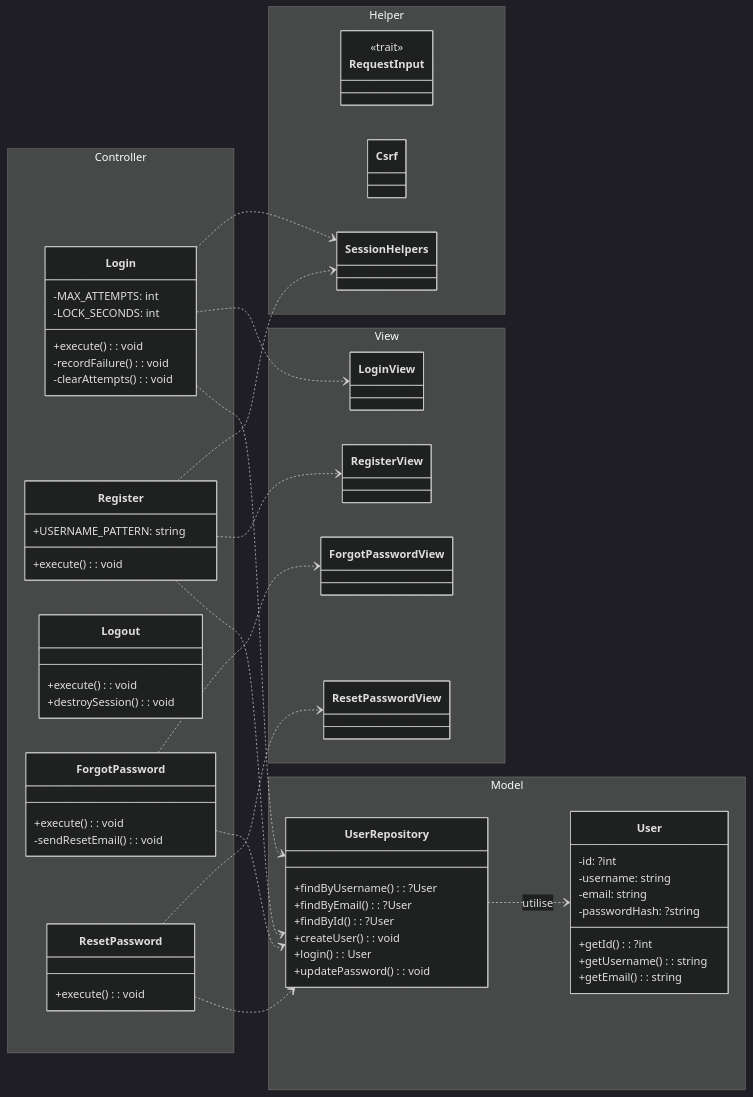
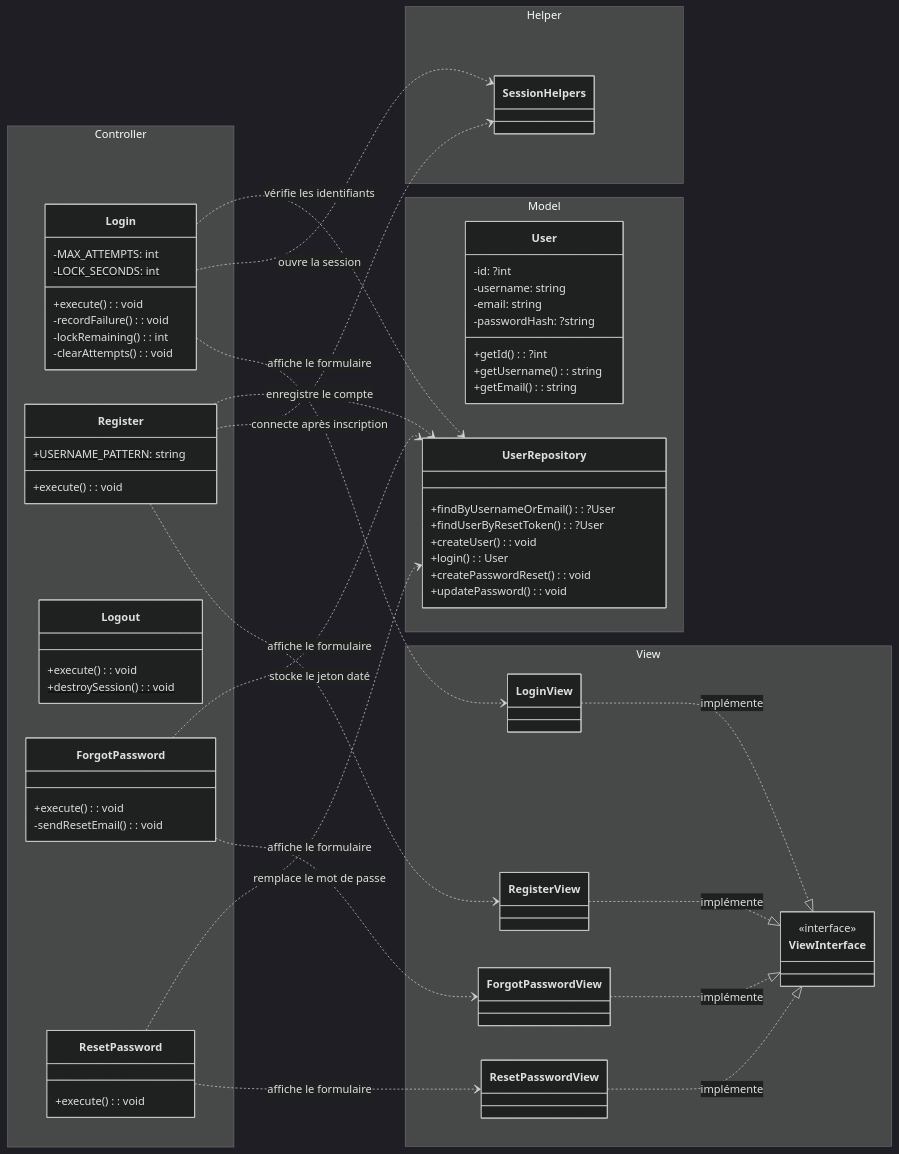
Before and after one commit to DAMEZ-Jean-25010581/SAE_PHP: the diagram in docs/conception/01-uml-authentification.md, drawn with Mermaid (dark theme). The commit also changed 3 other files, not shown here.

Commit message:
feat(UML): Modification de l'UML 01, et création des UML 02, 03, et 04 complets

````diff
--- a/docs/conception/01-uml-authentification.md
+++ b/docs/conception/01-uml-authentification.md
@@ -1,25 +1,26 @@
 ```mermaid
-   
-classDiagram
+
+    classDiagram
     direction LR
 
     namespace Controller {
         class Login {
-            -MAX_ATTEMPTS: int
-            -LOCK_SECONDS: int
+            -MAX_ATTEMPTS: int$
+            -LOCK_SECONDS: int$
             +execute(): void
             -recordFailure(): void
+            -lockRemaining(): int
             -clearAttempts(): void
         }
 
         class Register {
-            +USERNAME_PATTERN: string
+            +USERNAME_PATTERN: string$
             +execute(): void
         }
 
         class Logout {
             +execute(): void
-            +destroySession(): void
+            +destroySession(): void$
         }
 
         class ForgotPassword {
@@ -44,43 +45,45 @@
         }
 
         class UserRepository {
-            +findByUsername(): ?User
-            +findByEmail(): ?User
-            +findById(): ?User
+            +findByUsernameOrEmail(): ?User
+            +findUserByResetToken(): ?User
             +createUser(): void
             +login(): User
+            +createPasswordReset(): void
             +updatePassword(): void
         }
     }
 
     namespace Helper {
-        class RequestInput {
-            <<trait>>
-        }
-        class Csrf
         class SessionHelpers
     }
 
     namespace View {
+        class ViewInterface {
+            <<interface>>
+        }
         class LoginView
         class RegisterView
         class ForgotPasswordView
         class ResetPasswordView
     }
 
-    UserRepository ..> User : utilise
+    Login ..> UserRepository : vérifie les identifiants
+    Register ..> UserRepository : enregistre le compte
+    ForgotPassword ..> UserRepository : stocke le jeton daté
+    ResetPassword ..> UserRepository : remplace le mot de passe
 
-    Login ..> UserRepository
-    Register ..> UserRepository
-    ForgotPassword ..> UserRepository
-    ResetPassword ..> UserRepository
+    Login ..> SessionHelpers : ouvre la session
+    Register ..> SessionHelpers : connecte après inscription
 
-    Login ..> LoginView
-    Register ..> RegisterView
-    ForgotPassword ..> ForgotPasswordView
-    ResetPassword ..> ResetPasswordView
+    Login ..> LoginView : affiche le formulaire
+    Register ..> RegisterView : affiche le formulaire
+    ForgotPassword ..> ForgotPasswordView : affiche le formulaire
+    ResetPassword ..> ResetPasswordView : affiche le formulaire
 
-    Login ..> SessionHelpers
-    Register ..> SessionHelpers
+    LoginView ..|> ViewInterface : implémente
+    RegisterView ..|> ViewInterface : implémente
+    ForgotPasswordView ..|> ViewInterface : implémente
+    ResetPasswordView ..|> ViewInterface : implémente
 
 ```
````
